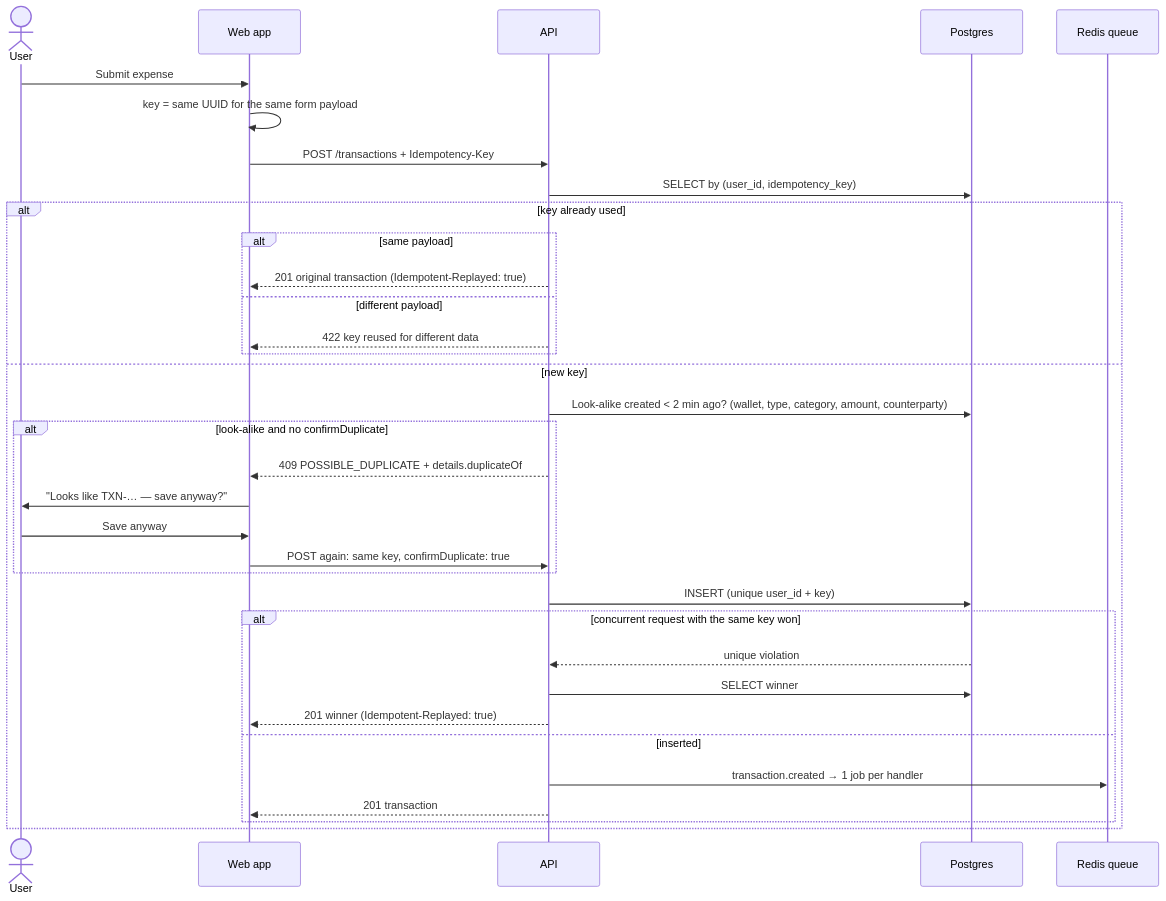
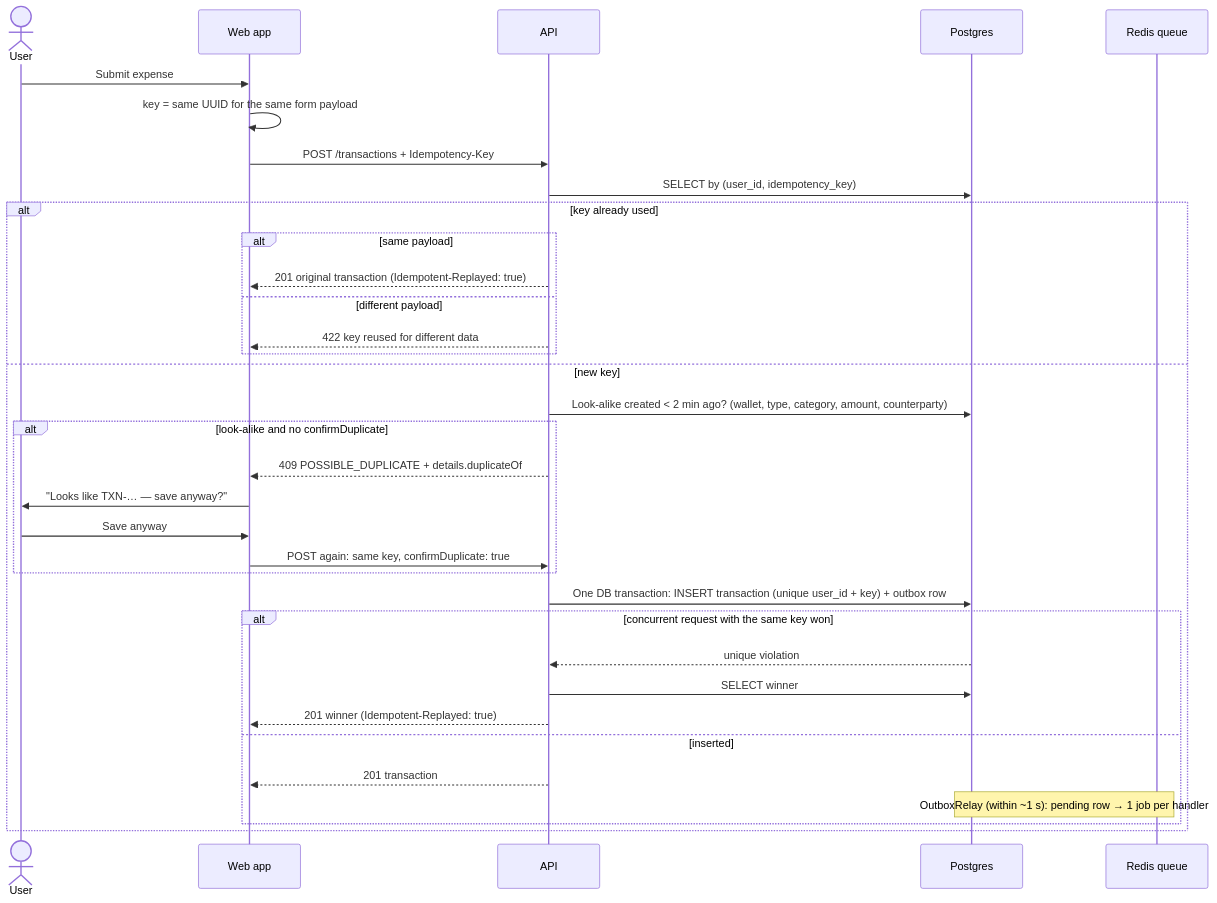
The third of 7 diagrams in docs/database-v2.md (Frank14b/qashio-back), drawn with Mermaid before and after one commit. The commit also changed other lines of this file and 53 other files, not shown here.

````diff
--- a/docs/database-v2.md
+++ b/docs/database-v2.md
@@ -277,37 +296,37 @@
 ```mermaid
 sequenceDiagram
   actor U as User
   participant FE as Web app
   participant API as API
   participant DB as Postgres
   participant Q as Redis queue
 
   U->>FE: Submit expense
   FE->>FE: key = same UUID for the same form payload
   FE->>API: POST /transactions + Idempotency-Key
   API->>DB: SELECT by (user_id, idempotency_key)
   alt key already used
     alt same payload
       API-->>FE: 201 original transaction (Idempotent-Replayed: true)
     else different payload
       API-->>FE: 422 key reused for different data
     end
   else new key
     API->>DB: Look-alike created < 2 min ago? (wallet, type, category, amount, counterparty)
     alt look-alike and no confirmDuplicate
       API-->>FE: 409 POSSIBLE_DUPLICATE + details.duplicateOf
       FE->>U: "Looks like TXN-… — save anyway?"
       U->>FE: Save anyway
       FE->>API: POST again: same key, confirmDuplicate: true
     end
-    API->>DB: INSERT (unique user_id + key)
+    API->>DB: One DB transaction: INSERT transaction (unique user_id + key) + outbox row
     alt concurrent request with the same key won
       DB-->>API: unique violation
       API->>DB: SELECT winner
       API-->>FE: 201 winner (Idempotent-Replayed: true)
     else inserted
-      API->>Q: transaction.created → 1 job per handler
       API-->>FE: 201 transaction
+      Note over DB,Q: OutboxRelay (within ~1 s): pending row → 1 job per handler
     end
   end
 ```
````
